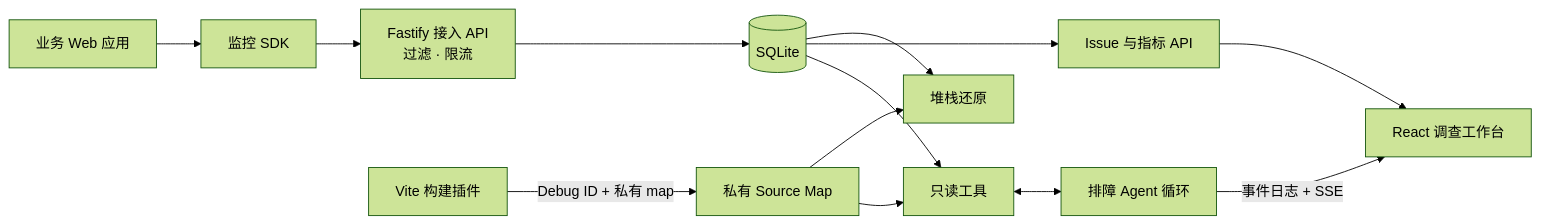
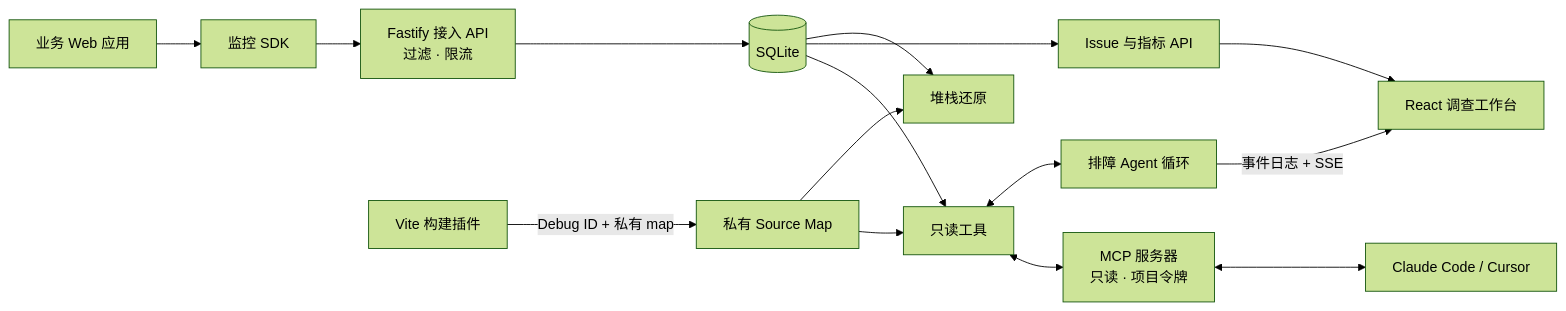
Before and after one commit to guiwzh/tracepilot: the diagram in README.md, drawn with Mermaid (forest theme). The commit also changed other lines of this file and 24 other files, not shown here.

First line of the commit message:
feat: MCP 服务器——与排障 Agent 共用工具注册表，开放给 Claude Code / Cursor

````diff
--- a/README.md
+++ b/README.md
@@ -252,15 +252,17 @@
 ```mermaid
 flowchart LR
   App[业务 Web 应用] --> SDK[监控 SDK]
   SDK --> Ingest[Fastify 接入 API<br/>过滤 · 限流]
   Ingest --> DB[(SQLite)]
   Build[Vite 构建插件] -- Debug ID + 私有 map --> Maps[私有 Source Map]
   Maps --> Symbolicate[堆栈还原]
   DB --> Symbolicate
   DB --> Query[Issue 与指标 API]
   Query --> UI[React 调查工作台]
   DB --> Tools[只读工具]
   Maps --> Tools
   Tools <--> Agent[排障 Agent 循环]
   Agent -- 事件日志 + SSE --> UI
+  Tools <--> MCP[MCP 服务器<br/>只读 · 项目令牌]
+  MCP <--> Coder[Claude Code / Cursor]
 ```
````
